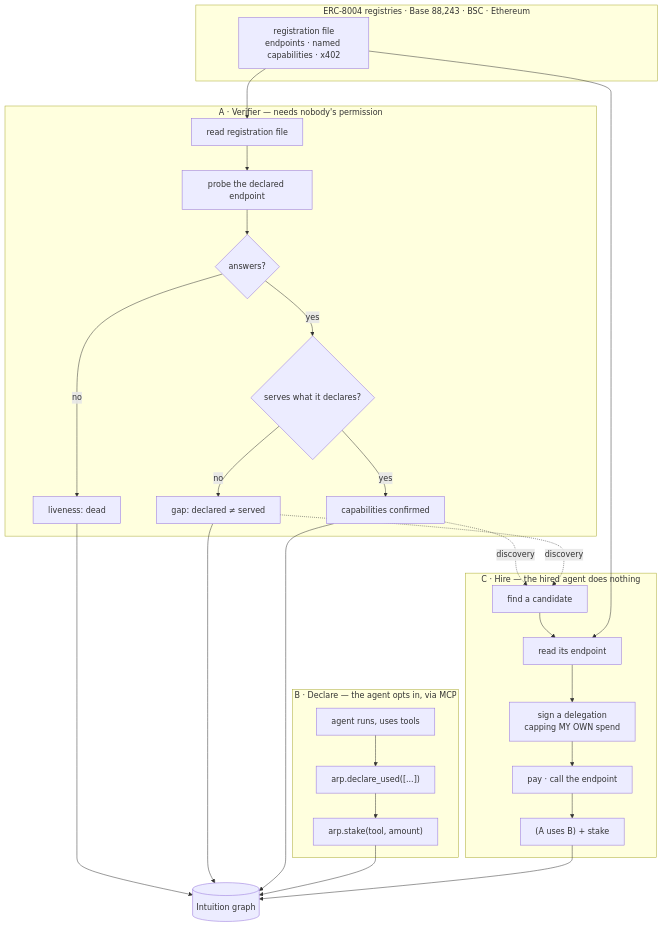
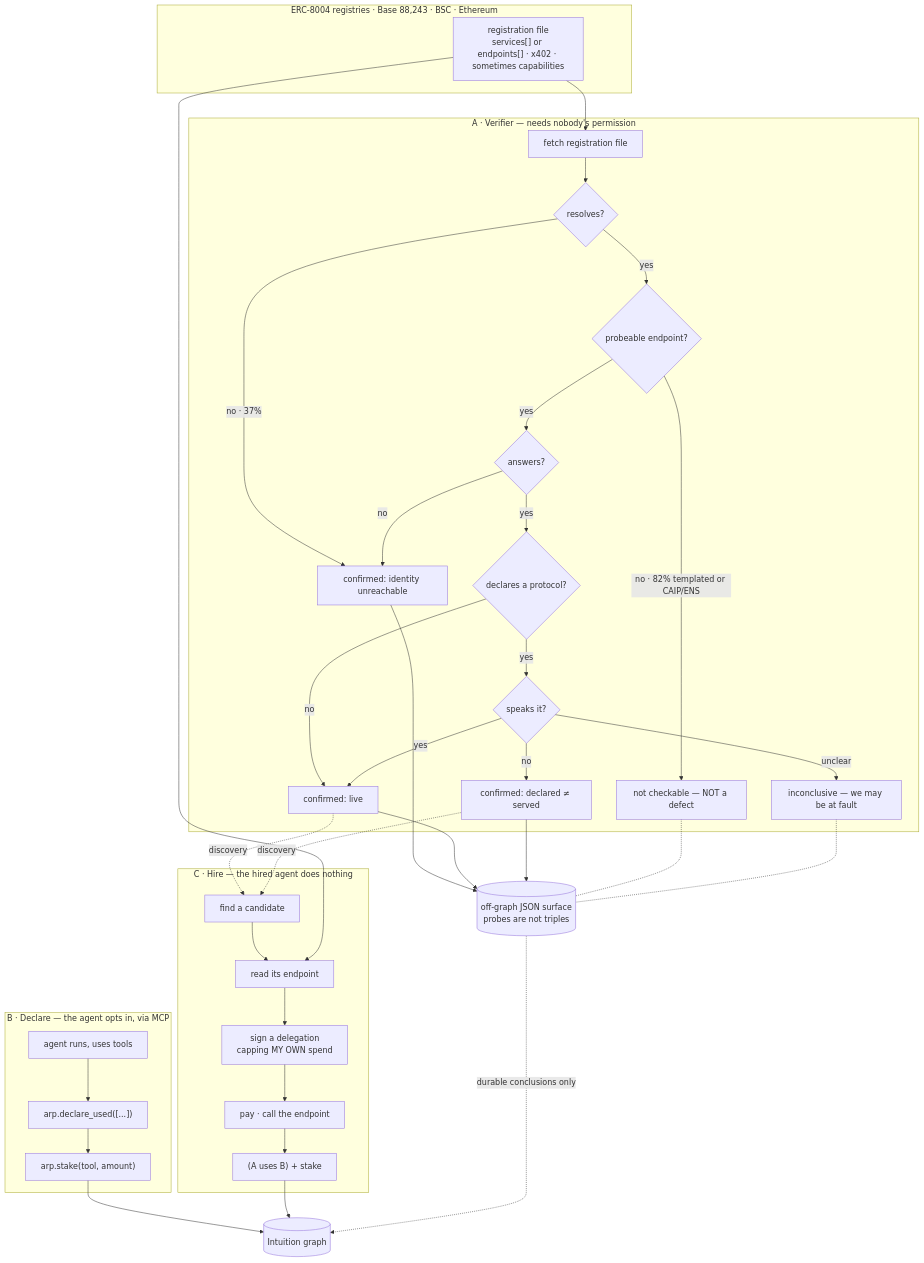
One commit to Wieedze/ARP changed the diagram in docs/13_THE_THREE_FLOWS.md. Above: the diagram before and after it, drawn with Mermaid. The commit also changed other lines of this file and 2 other files, not shown here.

````diff
--- a/docs/13_THE_THREE_FLOWS.md
+++ b/docs/13_THE_THREE_FLOWS.md
@@ -10,38 +10,47 @@
 ```mermaid
 flowchart TB
     subgraph REG["ERC-8004 registries · Base 88,243 · BSC · Ethereum"]
-        RF["registration file<br/>endpoints · named capabilities · x402"]
+        RF["registration file<br/>services[] or endpoints[] · x402 · sometimes capabilities"]
     end
 
     subgraph A["A · Verifier — needs nobody's permission"]
-        A1["read registration file"] --> A2["probe the declared endpoint"]
-        A2 --> A3{"answers?"}
-        A3 -->|no| A4["liveness: dead"]
-        A3 -->|yes| A5{"serves what it declares?"}
-        A5 -->|no| A6["gap: declared ≠ served"]
-        A5 -->|yes| A7["capabilities confirmed"]
+        A1["fetch registration file"] --> A0{"resolves?"}
+        A0 -->|"no · 37%"| A4["confirmed: identity unreachable"]
+        A0 -->|yes| A2{"probeable endpoint?"}
+        A2 -->|"no · 82% templated or CAIP/ENS"| A8["not checkable — NOT a defect"]
+        A2 -->|yes| A3{"answers?"}
+        A3 -->|no| A4
+        A3 -->|yes| A5{"declares a protocol?"}
+        A5 -->|no| A7["confirmed: live"]
+        A5 -->|yes| A6{"speaks it?"}
+        A6 -->|no| A9["confirmed: declared ≠ served"]
+        A6 -->|unclear| A10["inconclusive — we may be at fault"]
+        A6 -->|yes| A7
     end
 
     subgraph B["B · Declare — the agent opts in, via MCP"]
         B1["agent runs, uses tools"] --> B2["arp.declare_used([...])"]
         B2 --> B3["arp.stake(tool, amount)"]
     end
 
     subgraph C["C · Hire — the hired agent does nothing"]
         C1["find a candidate"] --> C2["read its endpoint"]
         C2 --> C3["sign a delegation<br/>capping MY OWN spend"]
         C3 --> C4["pay · call the endpoint"]
         C4 --> C5["(A uses B) + stake"]
     end
 
     RF --> A1
     RF --> C2
     A7 -.discovery.-> C1
-    A6 -.discovery.-> C1
+    A9 -.discovery.-> C1
 
-    A4 --> G[("Intuition graph")]
-    A6 --> G
-    A7 --> G
-    B3 --> G
+    A4 --> R[("off-graph JSON surface<br/>probes are not triples")]
+    A7 --> R
+    A9 --> R
+    A8 -.- R
+    A10 -.- R
+    B3 --> G[("Intuition graph")]
     C5 --> G
+    R -.durable conclusions only.-> G
 ```
````
